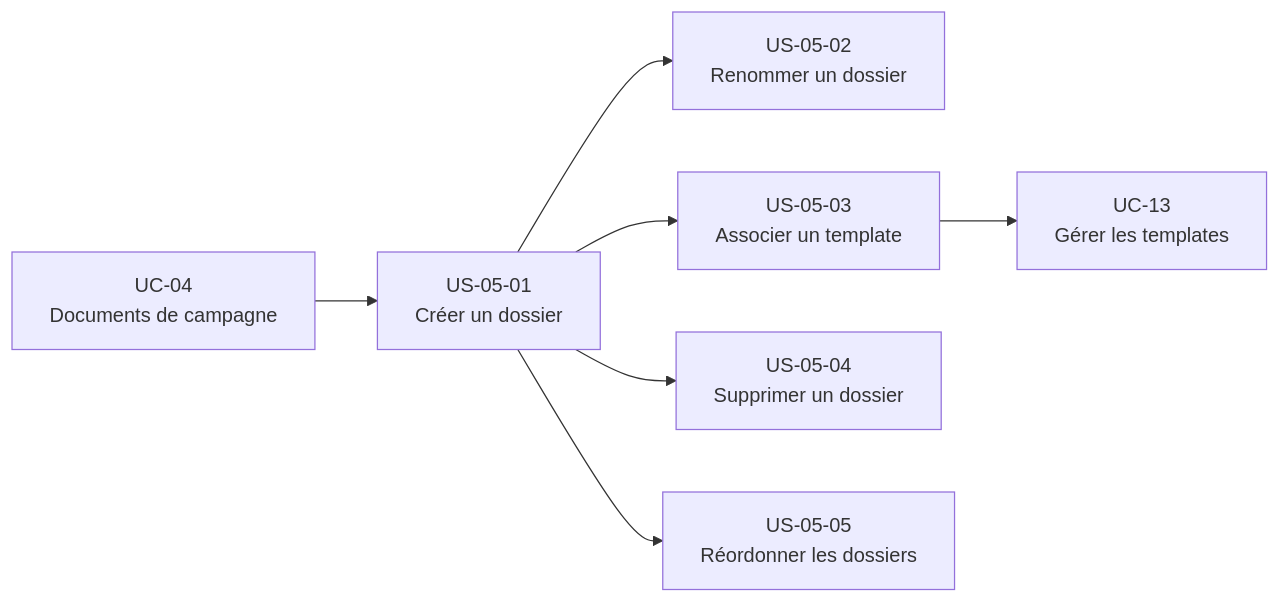
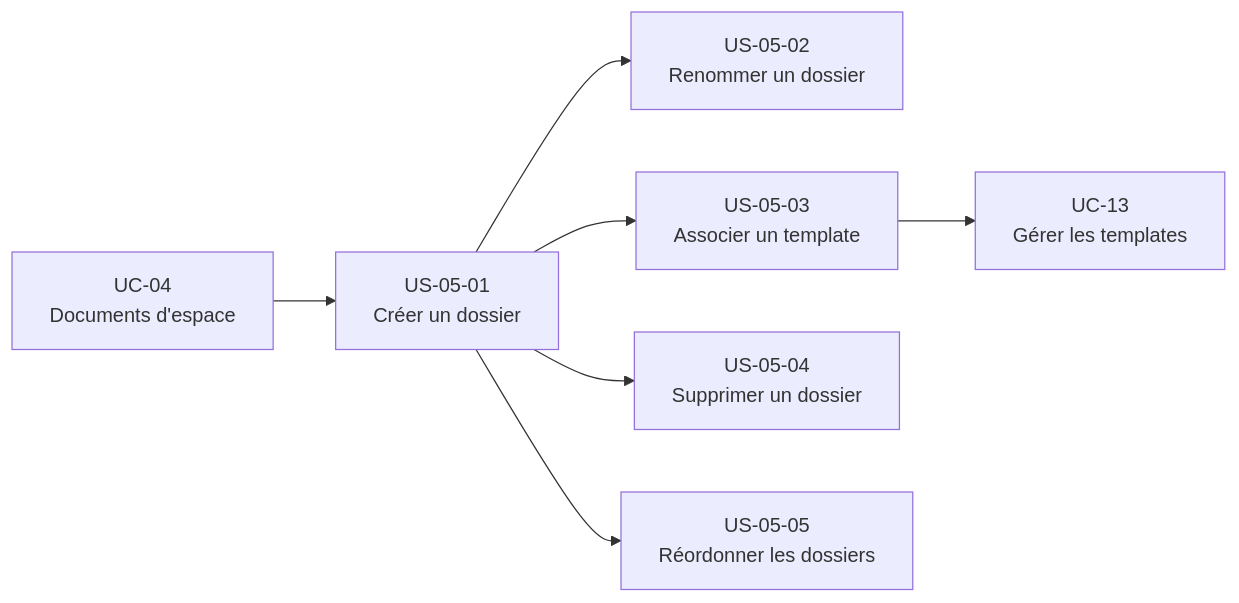
The second of 2 diagrams in docs/conception/besoin/user-stories/US-UC-05-organiser-contenu-dossiers.md (2025-10-CDA-ECO-P6/PM-micro-saas), drawn with Mermaid before and after one commit. The commit also changed other lines of this file and 140 other files, not shown here.

````diff
--- a/docs/conception/besoin/user-stories/US-UC-05-organiser-contenu-dossiers.md
+++ b/docs/conception/besoin/user-stories/US-UC-05-organiser-contenu-dossiers.md
@@ -89,18 +89,18 @@
 ```mermaid
 flowchart LR
     US0501[US-05-01\nCréer un dossier]
     US0502[US-05-02\nRenommer un dossier]
     US0503[US-05-03\nAssocier un template]
     US0504[US-05-04\nSupprimer un dossier]
     US0505[US-05-05\nRéordonner les dossiers]
 
-    UC04[UC-04\nDocuments de campagne]
+    UC04[UC-04\nDocuments d'espace]
     UC13[UC-13\nGérer les templates]
 
     US0501 --> US0502
     US0501 --> US0503
     US0501 --> US0504
     US0501 --> US0505
     US0503 --> UC13
     UC04 --> US0501
 ```
````
